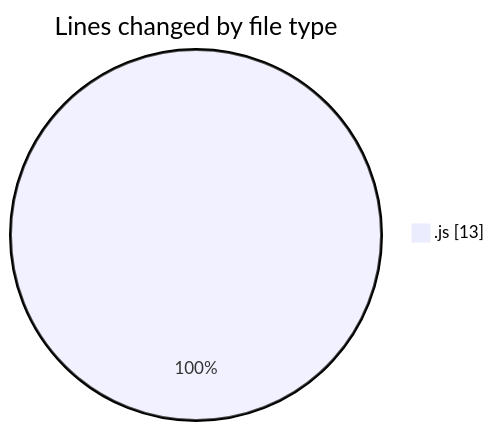
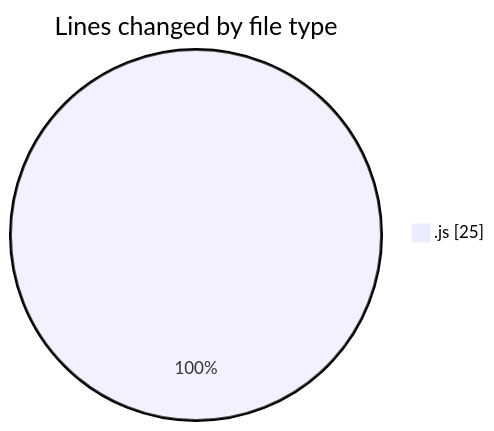
One commit to BS-eng2023/code-tracking changed the first of 2 diagrams in 2025-03-15/jsproject/README.md. Above: the diagram before and after it, drawn with Mermaid. The commit also changed other lines of this file and 1 other file, not shown here.

````diff
--- a/2025-03-15/jsproject/README.md
+++ b/2025-03-15/jsproject/README.md
@@ -20,5 +20,5 @@
 ```mermaid
 pie showData
 title Lines changed by file type
-".js" : 13
+".js" : 25
 ```
````
